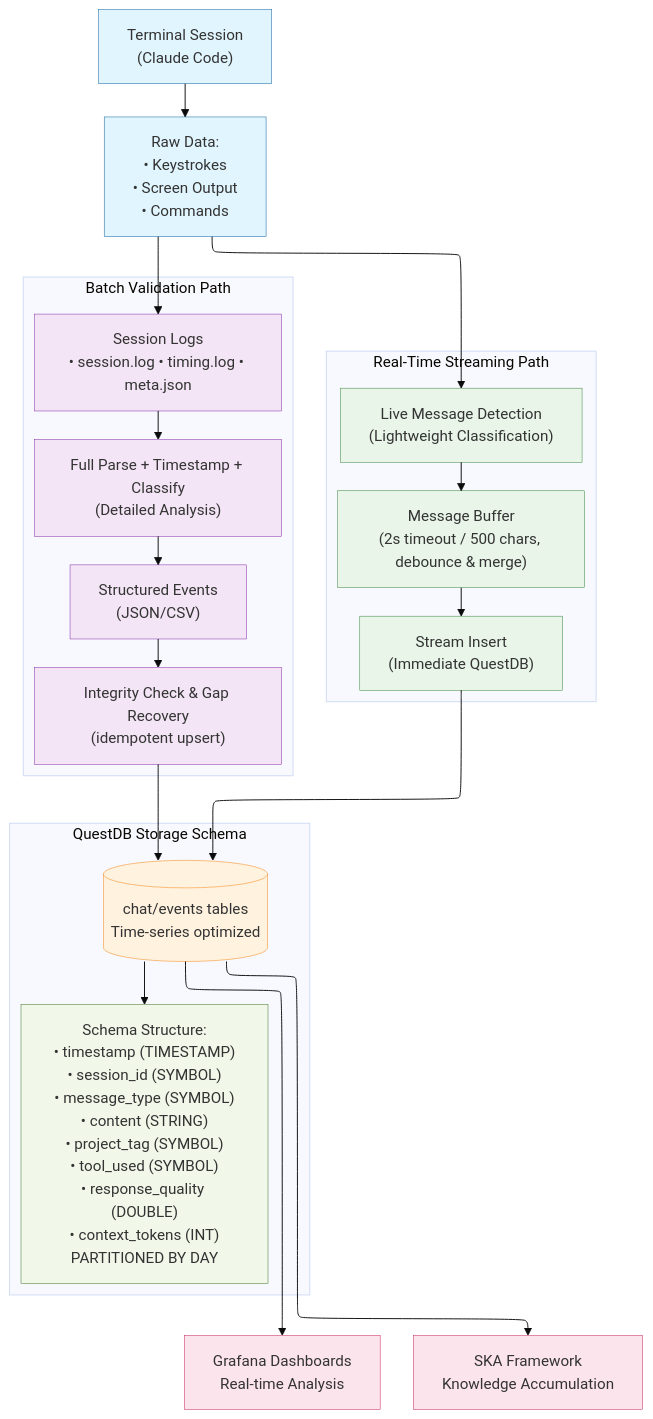
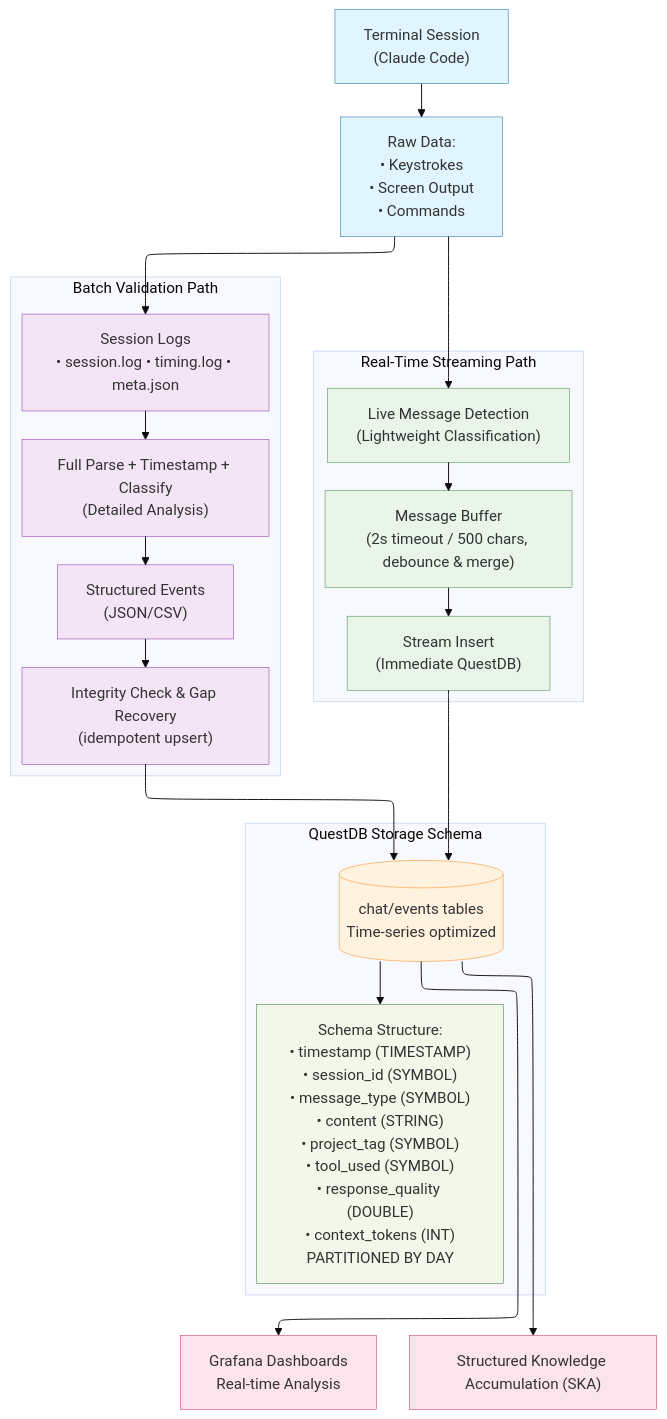
The diagram in claude-code/chat-history/telemetry.mmd (quantiota/AI-Agent-Host), drawn with Mermaid before and after one commit. The commit also changed 2 other files, not shown here.

```diff
--- a/claude-code/chat-history/telemetry.mmd
+++ b/claude-code/chat-history/telemetry.mmd
@@ -1,75 +1,75 @@
 ---
 config:
   look: classic
   theme: base
   layout: elk
 ---
 flowchart TD
     %% Input Layer
     terminal["Terminal Session<br/>(Claude Code)"]
     raw["Raw Data:<br/>• Keystrokes<br/>• Screen Output<br/>• Commands"]
     
     %% Dual Processing Paths
     subgraph "Real-Time Streaming Path"
         direction TB
         realtime_detect["Live Message Detection<br/>(Lightweight Classification)"]
         message_buffer["Message Buffer<br/>(2s timeout / 500 chars, debounce & merge)"]
         stream_insert["Stream Insert<br/>(Immediate QuestDB)"]
     end
     
     subgraph "Batch Validation Path"
         direction TB
         logs["Session Logs<br/>• session.log • timing.log • meta.json"]
         parser["Full Parse + Timestamp + Classify<br/>(Detailed Analysis)"]
         events["Structured Events<br/>(JSON/CSV)"]
         validate["Integrity Check & Gap Recovery<br/>(idempotent upsert)"]
     end
     
     %% Database Schema
     subgraph "QuestDB Storage Schema"
         direction TB
         questdb[("chat/events tables<br/>Time-series optimized")]
         schema["Schema Structure:<br/>• timestamp (TIMESTAMP)<br/>• session_id (SYMBOL)<br/>• message_type (SYMBOL)<br/>• content (STRING)<br/>• project_tag (SYMBOL)<br/>• tool_used (SYMBOL)<br/>• response_quality (DOUBLE)<br/>• context_tokens (INT)<br/>PARTITIONED BY DAY"]
     end
     
     %% Intelligence Layer
     grafana["Grafana Dashboards<br/>Real-time Analysis"]
-    ska["SKA Framework<br/>Knowledge Accumulation"]
+    ska["Structured Knowledge Accumulation (SKA)"]
     
     %% Flow Connections
     terminal --> raw
     raw --> realtime_detect
     raw --> logs
     
     %% Real-time path
     realtime_detect --> message_buffer
     message_buffer --> stream_insert
     stream_insert --> questdb
     
     %% Batch validation path  
     logs --> parser
     parser --> events
     events --> validate
     validate --> questdb
     
     %% Schema connection
     questdb --> schema
     
     %% Intelligence layer
     questdb --> grafana
     questdb --> ska
     
     %% Styling
     classDef input fill:#e1f5fe,stroke:#01579b,stroke-width:0.5px
     classDef realtime fill:#e8f5e8,stroke:#2e7d32,stroke-width:0.5px
     classDef batch fill:#f3e5f5,stroke:#7b1fa2,stroke-width:0.5px
     classDef storage fill:#fff3e0,stroke:#f57c00,stroke-width:0.5px
     classDef schema fill:#f1f8e9,stroke:#33691e,stroke-width:0.5px
     classDef intelligence fill:#fce4ec,stroke:#c2185b,stroke-width:0.5px
     
     class terminal,raw input
     class realtime_detect,message_buffer,stream_insert realtime
     class logs,parser,events,validate batch
     class questdb storage
     class schema schema
     class grafana,ska intelligence
```
